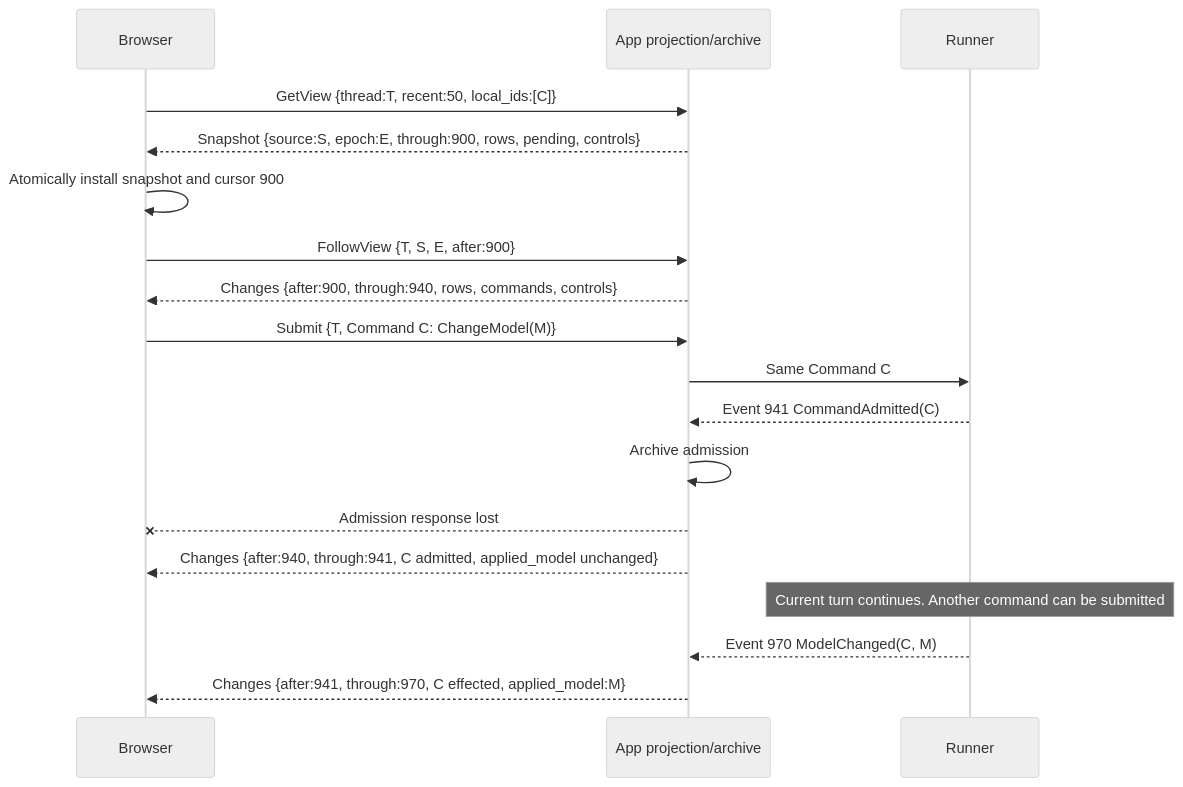
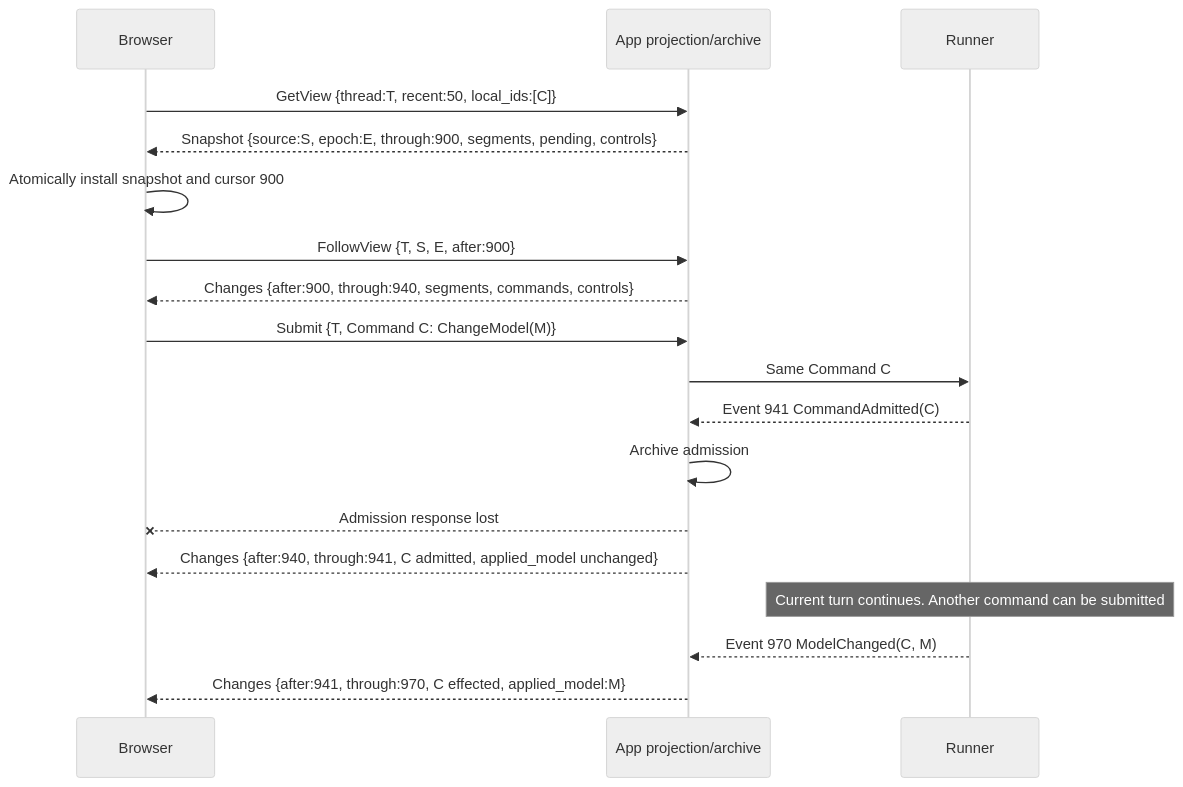
One commit to agentydragon/ducktape changed the first of 3 diagrams in x/agentplane/docs/thread_view_sync.md. Above: the diagram before and after it, drawn with Mermaid (neutral theme). The commit also changed other lines of this file and 1 other file, not shown here.

````diff
--- a/x/agentplane/docs/thread_view_sync.md
+++ b/x/agentplane/docs/thread_view_sync.md
@@ -295,20 +295,20 @@
 ```mermaid
 sequenceDiagram
     participant F as Browser
     participant A as App projection/archive
     participant R as Runner
     F->>A: GetView {thread:T, recent:50, local_ids:[C]}
-    A-->>F: Snapshot {source:S, epoch:E, through:900, rows, pending, controls}
+    A-->>F: Snapshot {source:S, epoch:E, through:900, segments, pending, controls}
     F->>F: Atomically install snapshot and cursor 900
     F->>A: FollowView {T, S, E, after:900}
-    A-->>F: Changes {after:900, through:940, rows, commands, controls}
+    A-->>F: Changes {after:900, through:940, segments, commands, controls}
     F->>A: Submit {T, Command C: ChangeModel(M)}
     A->>R: Same Command C
     R-->>A: Event 941 CommandAdmitted(C)
     A->>A: Archive admission
     A--xF: Admission response lost
     A-->>F: Changes {after:940, through:941, C admitted, applied_model unchanged}
     Note over R: Current turn continues. Another command can be submitted
     R-->>A: Event 970 ModelChanged(C, M)
     A-->>F: Changes {after:941, through:970, C effected, applied_model:M}
 ```
````
